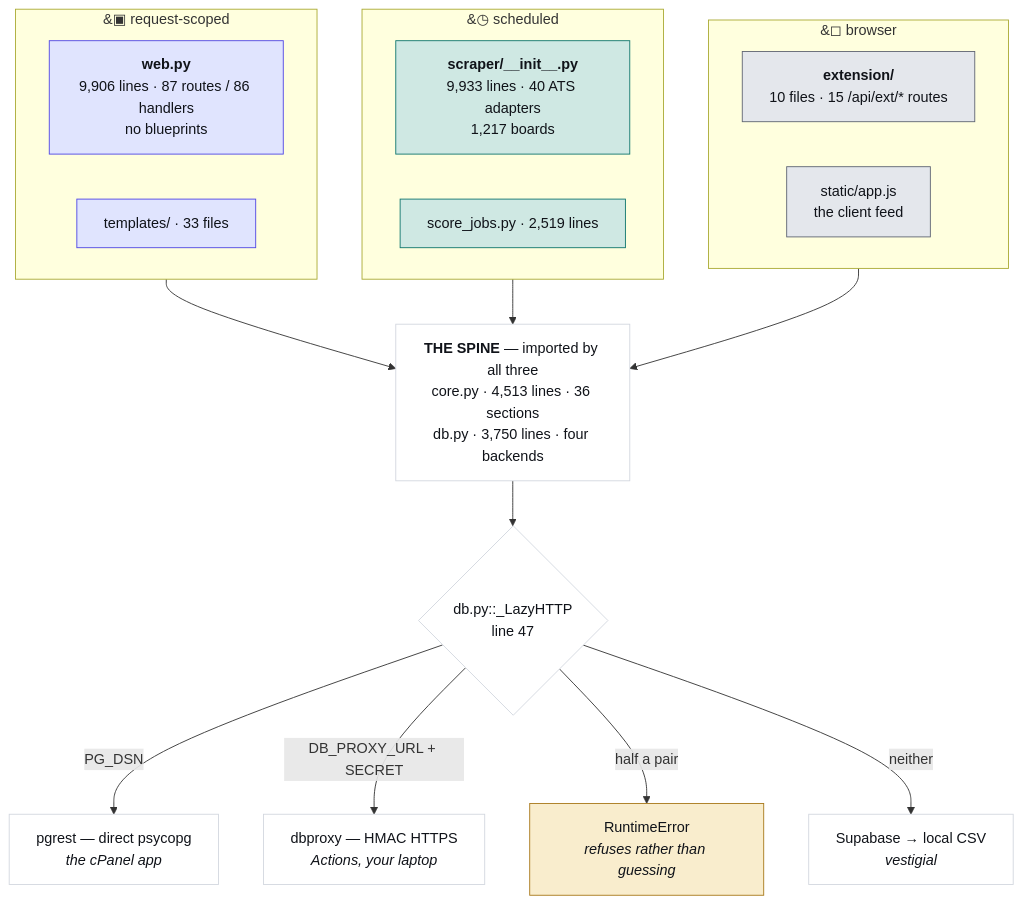
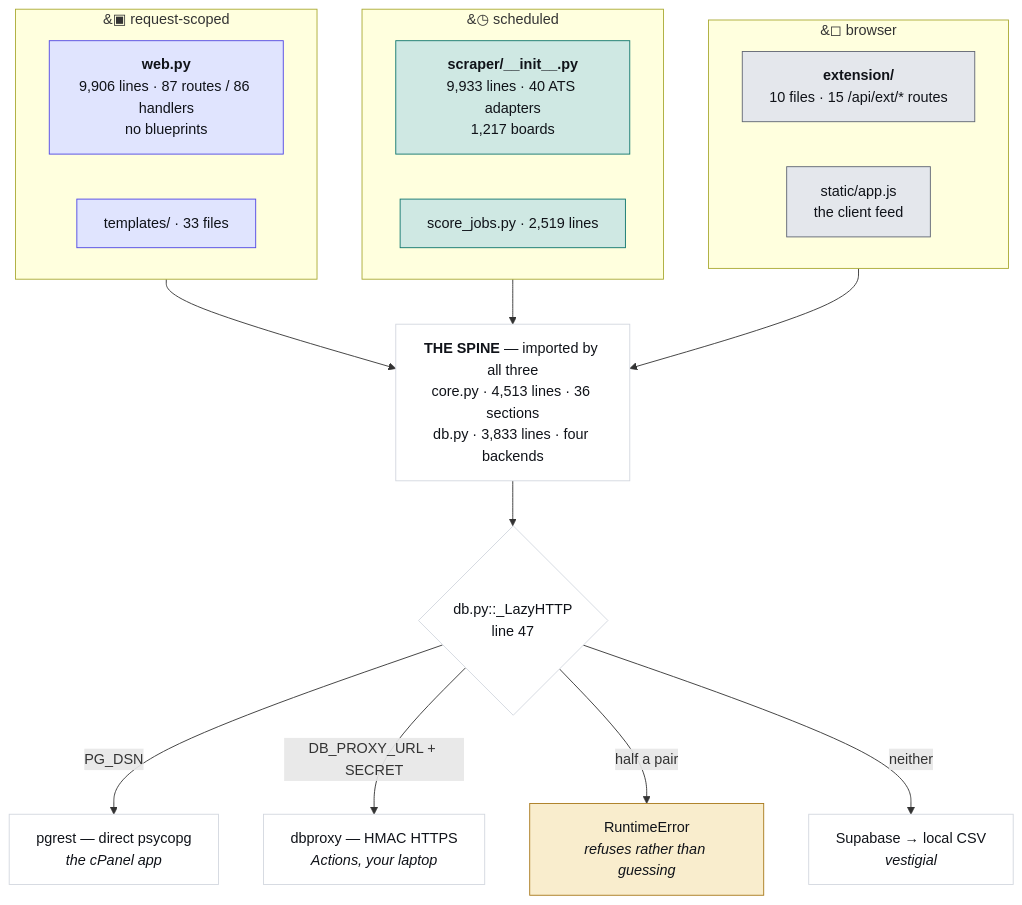
One commit to hadakunal909-debug/job-search-tool changed the first of 4 diagrams in JobMatch Scraper/docs/ARCHITECTURE.md. Above: the diagram before and after it, drawn with Mermaid. The commit also changed 10 other files, not shown here.

````diff
--- a/JobMatch Scraper/docs/ARCHITECTURE.md
+++ b/JobMatch Scraper/docs/ARCHITECTURE.md
@@ -45,34 +45,34 @@
 ```mermaid
 flowchart TB
   subgraph REQ["&#9635; request-scoped"]
     W["<b>web.py</b><br/>9,906 lines · 87 routes / 86 handlers<br/>no blueprints"]
     T["templates/ · 33 files"]
   end
   subgraph SCH["&#9719; scheduled"]
     S["<b>scraper/__init__.py</b><br/>9,933 lines · 40 ATS adapters<br/>1,217 boards"]
     J["score_jobs.py · 2,519 lines"]
   end
   subgraph CLI["&#9723; browser"]
     E["<b>extension/</b><br/>10 files · 15 /api/ext/* routes"]
     A["static/app.js<br/>the client feed"]
   end
-  SPINE["<b>THE SPINE</b> — imported by all three<br/>core.py · 4,513 lines · 36 sections<br/>db.py · 3,750 lines · four backends"]
+  SPINE["<b>THE SPINE</b> — imported by all three<br/>core.py · 4,513 lines · 36 sections<br/>db.py · 3,833 lines · four backends"]
   REQ --> SPINE
   SCH --> SPINE
   CLI --> SPINE
   SPINE --> D{"db.py::_LazyHTTP<br/>line 47"}
   D -->|"PG_DSN"| P["pgrest — direct psycopg<br/><i>the cPanel app</i>"]
   D -->|"DB_PROXY_URL + SECRET"| X["dbproxy — HMAC HTTPS<br/><i>Actions, your laptop</i>"]
   D -->|"half a pair"| R["RuntimeError<br/><i>refuses rather than guessing</i>"]
   D -->|"neither"| V["Supabase → local CSV<br/><i>vestigial</i>"]
   classDef web fill:#e0e4fe,stroke:#4f46e5,color:#101319
   classDef sched fill:#cfe8e3,stroke:#0f766e,color:#101319
   classDef client fill:#e4e7ec,stroke:#5f6573,color:#101319
   classDef trap fill:#f9edcd,stroke:#a8781a,color:#101319
   classDef plain fill:#ffffff,stroke:#d3d7df,color:#101319
   class W,T web
   class S,J sched
   class E,A client
   class R trap
   class SPINE,D,P,X,V plain
 ```
````
